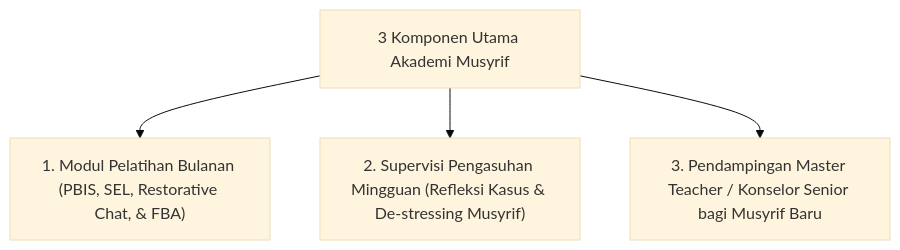
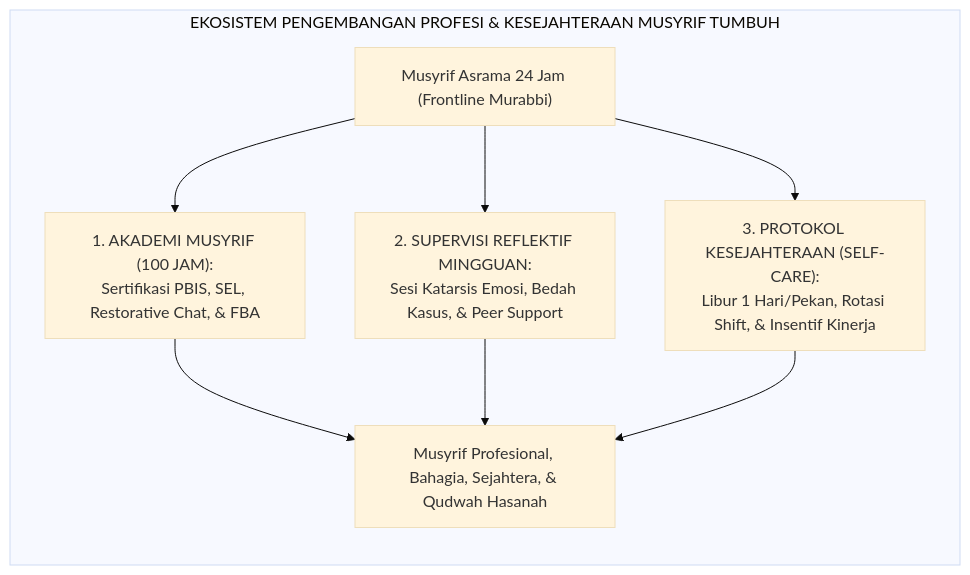
Before and after one commit to wandiapriliyandi/tumbuh: the first of 2 diagrams in 09 Programs/04 Institutional Programs/P9-04-02-Program-Pengembangan-Profesi-Musyrif-dan-Supervisi.md, drawn with Mermaid (base theme). The commit also changed other lines of this file and 3 other files, not shown here.

````diff
--- a/09 Programs/04 Institutional Programs/P9-04-02-Program-Pengembangan-Profesi-Musyrif-dan-Supervisi.md
+++ b/09 Programs/04 Institutional Programs/P9-04-02-Program-Pengembangan-Profesi-Musyrif-dan-Supervisi.md
@@ -14,7 +28,9 @@
 ```mermaid
-graph TD
-    MusyrifAcademyProg["3 Komponen Utama Akademi Musyrif"]
-    MusyrifAcademyProg --> TrainingModule["1. Modul Pelatihan Bulanan (PBIS, SEL, Restorative Chat, & FBA)"]
-    MusyrifAcademyProg --> WeeklySupervision["2. Supervisi Pengasuhan Mingguan (Refleksi Kasus & De-stressing Musyrif)"]
-    MusyrifAcademyProg --> MentoringSupervisory["3. Pendampingan Master Teacher / Konselor Senior bagi Musyrif Baru"]
+flowchart LR
+    subgraph MusyrifSupportModel["EKOSISTEM PENGEMBANGAN PROFESI & KESEJAHTERAAN MUSYRIF TUMBUH"]
+        Input["Musyrif Asrama 24 Jam (Frontline Murabbi)"] --> Pillar1["1. AKADEMI MUSYRIF (100 JAM):<br/>Sertifikasi PBIS, SEL, Restorative Chat, & FBA"]
+        Input --> Pillar2["2. SUPERVISI REFLEKTIF MINGGUAN:<br/>Sesi Katarsis Emosi, Bedah Kasus, & Peer Support"]
+        Input --> Pillar3["3. PROTOKOL KESEJAHTERAAN (SELF-CARE):<br/>Libur 1 Hari/Pekan, Rotasi Shift, & Insentif Kinerja"]
+        Pillar1 & Pillar2 & Pillar3 --> Output["Musyrif Profesional, Bahagia, Sejahtera, & Qudwah Hasanah"]
+    end
 ```
````
